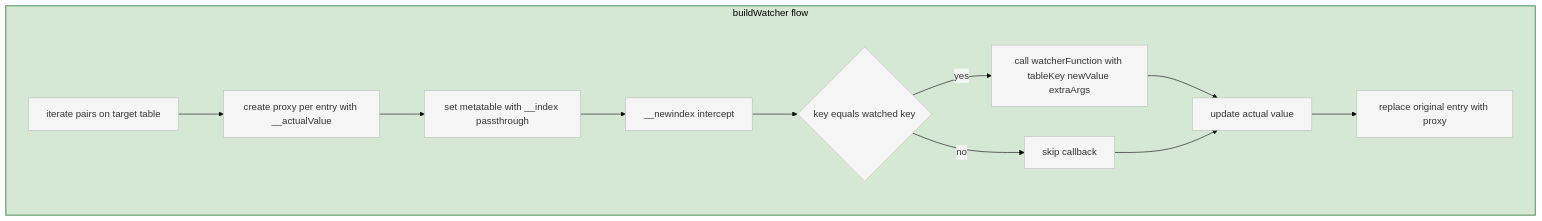
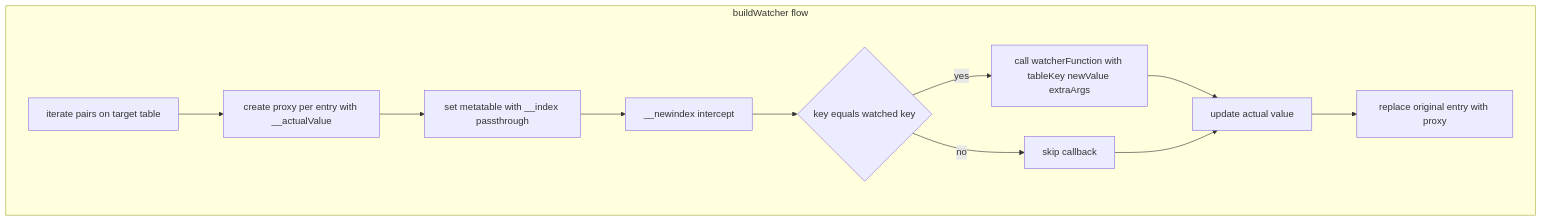
Before and after one commit to Gh0st352/AETHR: the first of 2 diagrams in docs/brain/watchers.md, drawn with Mermaid. The commit also changed other lines of this file and 5 other files, not shown here.

First line of the commit message:
docs(mermaid): standardize diagram labels and headers

````diff
--- a/docs/brain/watchers.md
+++ b/docs/brain/watchers.md
@@ -11,24 +11,23 @@
 ```mermaid
-%%{init: {"theme":"base", "themeVariables":{"primaryColor":"#f5f5f5"}}}%%
+%% shared theme: docs/_mermaid/theme.json %%
 flowchart
   %% buildWatcher: create proxies and intercept writes
-  subgraph BUILD [buildWatcher flow]
-    style BUILD fill:#d5e8d4,stroke:#6b9f73,stroke-width:2px
+  subgraph BUILD ["buildWatcher flow"]
     W1[iterate pairs on target table]
     W2[create proxy per entry with __actualValue]
     W3[set metatable with __index passthrough]
     W4[__newindex intercept]
     W5{key equals watched key}
     W6[call watcherFunction with tableKey newValue extraArgs]
     W7[skip callback]
     W8[update actual value]
     W9[replace original entry with proxy]
     W1 --> W2 --> W3 --> W4 --> W5
     W5 -- "yes" --> W6 --> W8
     W5 -- "no" --> W7 --> W8
     W8 --> W9
   end
 
-  classDef watcher fill:#f5f5f5,stroke:#bfbfbf,stroke-width:1px
-  class W1,W2,W3,W4,W5,W6,W7,W8,W9 watcher
+  class W1,W2,W3,W4,W5,W6,W7,W8,W9 class_step;
+  class BUILD class_compute;
 ```
````
